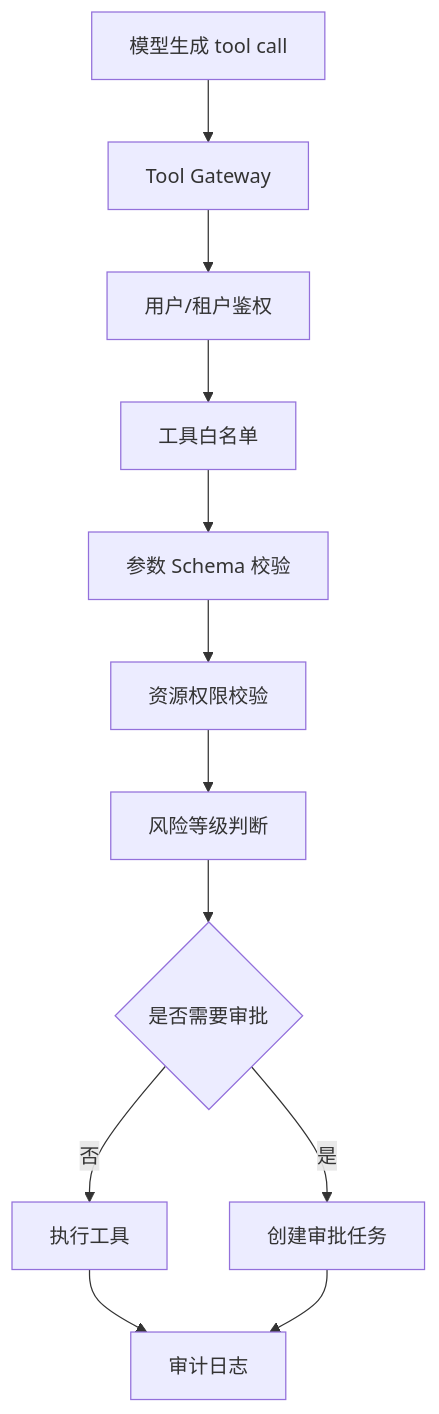
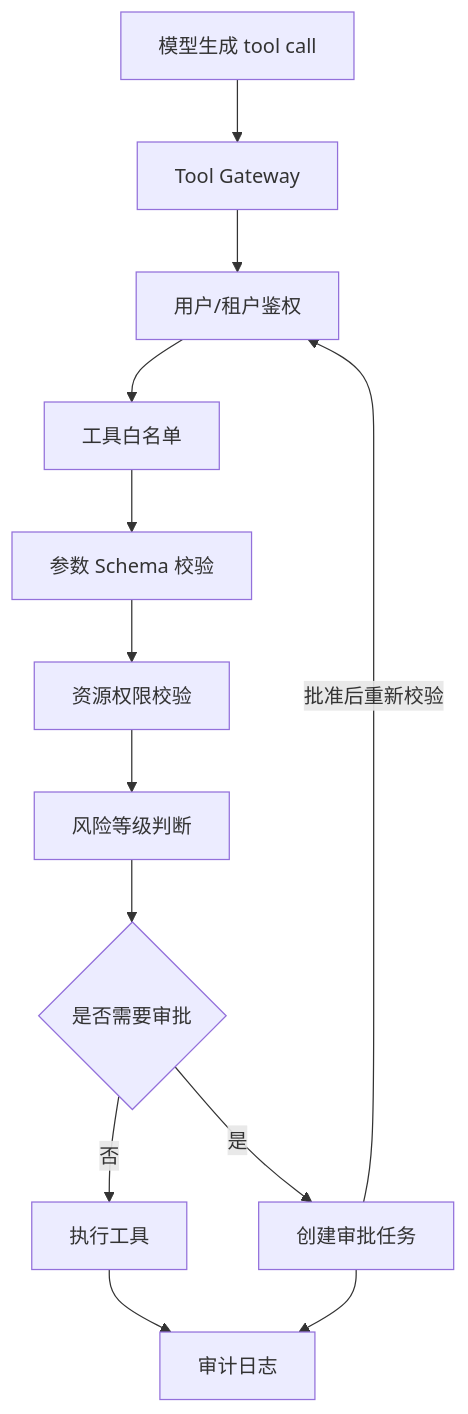
The third of 3 diagrams in 10-AI应用开发/08-项目实战/07-项目-业务Agent系统.md (GuoWWWX/knowledge-base), drawn with Mermaid before and after one commit. The commit also changed other lines of this file and 251 other files, not shown here.

````diff
--- a/10-AI应用开发/08-项目实战/07-项目-业务Agent系统.md
+++ b/10-AI应用开发/08-项目实战/07-项目-业务Agent系统.md
@@ -118,14 +119,15 @@
 ```mermaid
 flowchart TD
 A[模型生成 tool call] --> B[Tool Gateway]
 B --> C[用户/租户鉴权]
 C --> D[工具白名单]
 D --> E[参数 Schema 校验]
 E --> F[资源权限校验]
 F --> G[风险等级判断]
 G --> H{是否需要审批}
 H -->|否| I[执行工具]
 H -->|是| J[创建审批任务]
 I --> K[审计日志]
+J -->|批准后重新校验| C
 J --> K
 ```
````
